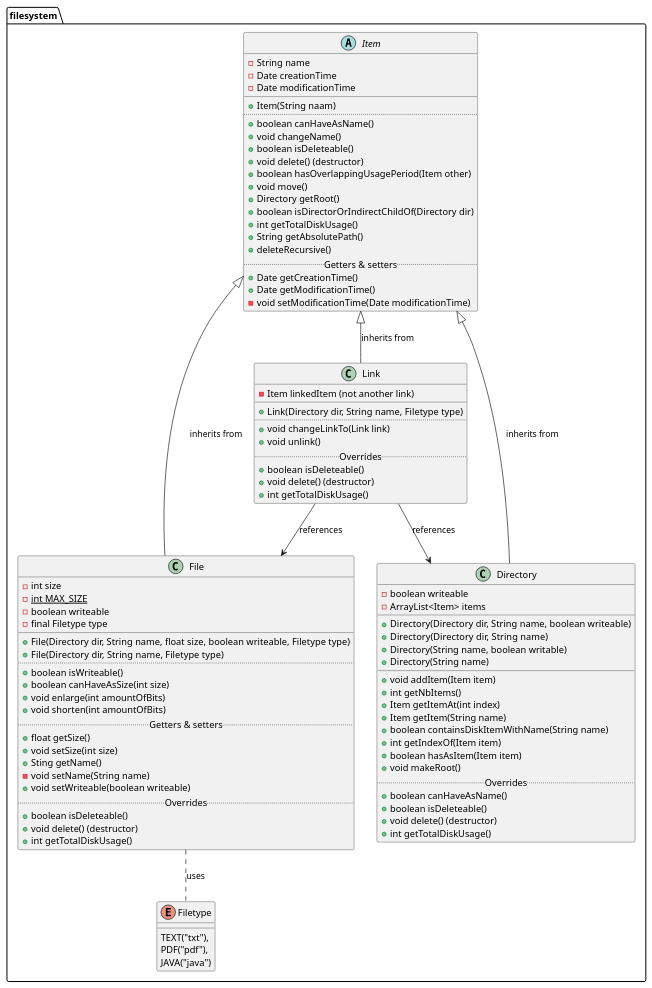
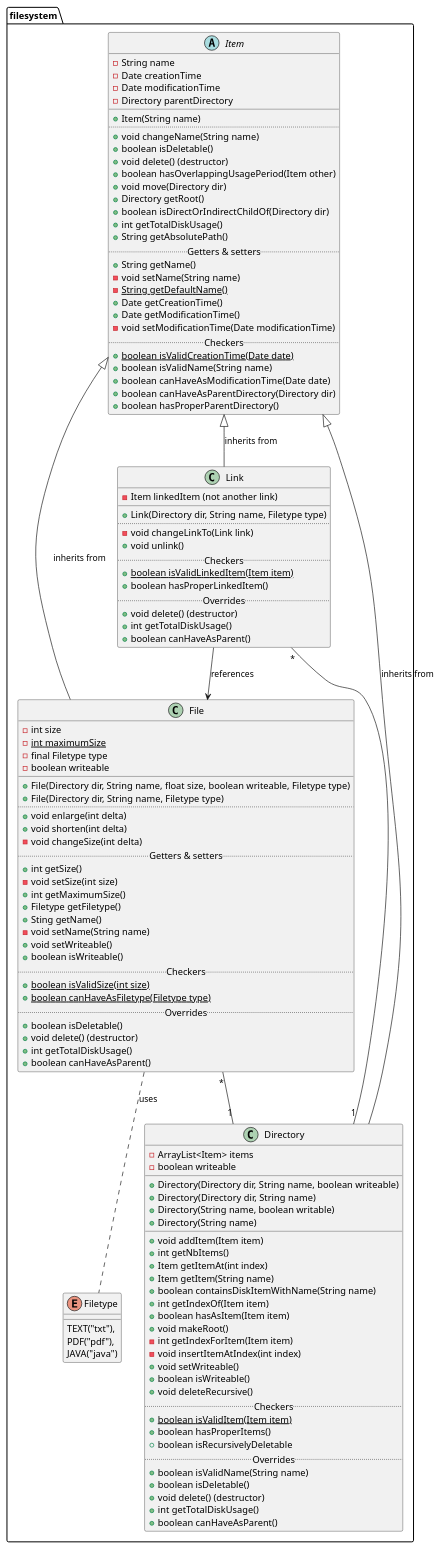
Before and after one commit to vanschependom/KULAK_ogp-practicum2: the diagram in class-diagram/classdiagram.puml, drawn with PlantUML. The commit also changed 1 other file, not shown here.

Commit message:
Renamed class diagram and removed method to sort

```diff
--- a/class-diagram/classdiagram.puml
+++ b/class-diagram/classdiagram.puml
@@ -1,108 +1,136 @@
 @startuml
 
 package filesystem {
 
 abstract Item {
     - String name
     - Date creationTime
     - Date modificationTime
+    - Directory parentDirectory
 __
-    + Item(String naam)
+    + Item(String name)
 ..
-    + boolean canHaveAsName()
-    + void changeName()
-    + boolean isDeleteable()
+    + void changeName(String name)
+    + boolean isDeletable()
     + void delete() (destructor)
     + boolean hasOverlappingUsagePeriod(Item other)
-    + void move()
+    + void move(Directory dir)
     + Directory getRoot()
-    + boolean isDirectorOrIndirectChildOf(Directory dir)
+    + boolean isDirectOrIndirectChildOf(Directory dir)
     + int getTotalDiskUsage()
     + String getAbsolutePath()
-    + deleteRecursive()
 ..Getters & setters..
+    + String getName()
+    - void setName(String name)
+    - {static} String getDefaultName()
     + Date getCreationTime()
     + Date getModificationTime()
     - void setModificationTime(Date modificationTime)
+..Checkers..
+    + {static} boolean isValidCreationTime(Date date)
+    + boolean isValidName(String name)
+    + boolean canHaveAsModificationTime(Date date)
+    + boolean canHaveAsParentDirectory(Directory dir)
+    + boolean hasProperParentDirectory()
 }
 
 class File {
     - int size
-    - {static} int MAX_SIZE
+    - {static} int maximumSize
+    - final Filetype type
     - boolean writeable
-    - final Filetype type
 __
     + File(Directory dir, String name, float size, boolean writeable, Filetype type)
     + File(Directory dir, String name, Filetype type)
 ..
-    + boolean isWriteable()
-    + boolean canHaveAsSize(int size)
-    + void enlarge(int amountOfBits)
-    + void shorten(int amountOfBits)
+    + void enlarge(int delta)
+    + void shorten(int delta)
+    - void changeSize(int delta)
 ..Getters & setters..
-    + float getSize()
-    + void setSize(int size)
+    + int getSize()
+    - void setSize(int size)
+    + int getMaximumSize()
+    + Filetype getFiletype()
     + Sting getName()
     - void setName(String name)
-    + void setWriteable(boolean writeable)
+    + void setWriteable()
+    + boolean isWriteable()
+..Checkers..
+    + {static} boolean isValidSize(int size)
+    + {static} boolean canHaveAsFiletype(Filetype type)
 ..Overrides..
-    + boolean isDeleteable()
+    + boolean isDeletable()
     + void delete() (destructor)
     + int getTotalDiskUsage()
+    + boolean canHaveAsParent()
 }
 
 enum Filetype {
     TEXT("txt"),
     PDF("pdf"),
     JAVA("java")
 }
 
 class Directory {
+    - ArrayList<Item> items
     - boolean writeable
-    - ArrayList<Item> items
 __
     + Directory(Directory dir, String name, boolean writeable)
     + Directory(Directory dir, String name)
     + Directory(String name, boolean writable)
     + Directory(String name)
 __
     + void addItem(Item item)
     + int getNbItems()
     + Item getItemAt(int index)
     + Item getItem(String name)
     + boolean containsDiskItemWithName(String name)
     + int getIndexOf(Item item)
     + boolean hasAsItem(Item item)
     + void makeRoot()
+    - int getIndexForItem(Item item)
+    - void insertItemAtIndex(int index)
+    + void setWriteable()
+    + boolean isWriteable()
+    + void deleteRecursive()
+..Checkers..
+    + {static} boolean isValidItem(Item item)
+    + boolean hasProperItems()
+    + boolean isRecursivelyDeletable
 .. Overrides ..
-    + boolean canHaveAsName()
-    + boolean isDeleteable()
+    + boolean isValidName(String name)
+    + boolean isDeletable()
     + void delete() (destructor)
     + int getTotalDiskUsage()
+    + boolean canHaveAsParent()
 }
 
 class Link {
     - Item linkedItem (not another link)
 __
     + Link(Directory dir, String name, Filetype type)
 ..
-    + void changeLinkTo(Link link)
+    - void changeLinkTo(Link link)
     + void unlink()
+..Checkers..
+    + {static} boolean isValidLinkedItem(Item item)
+    + boolean hasProperLinkedItem()
 ..Overrides..
-    + boolean isDeleteable()
     + void delete() (destructor)
     + int getTotalDiskUsage()
+    + boolean canHaveAsParent()
 }
 
 Item <|-- Link: inherits from
 Item <|-- File: inherits from
 Item <|-- Directory: inherits from
 
 File .. Filetype: uses
 
 Link --> File: references
-Link --> Directory: references
+Link "*" -- "1" Directory
+File "*" -- "1" Directory
 
 }
 
 @enduml
```
